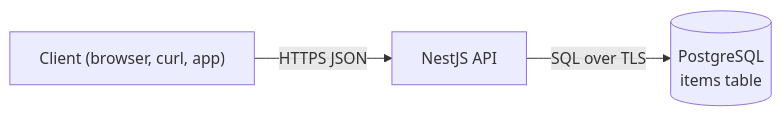
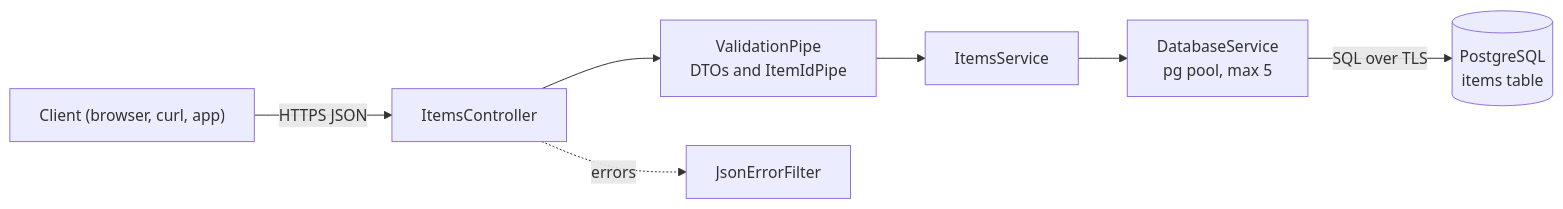
Before and after one commit to light-cloud-com/templates: the diagram in starters/crud-api-nestjs/README.md, drawn with Mermaid. The commit also changed other lines of this file and 2 other files, not shown here.

First line of the commit message:
README: NestJS PostgreSQL CRUD API starter with Swagger docs

````diff
--- a/starters/crud-api-nestjs/README.md
+++ b/starters/crud-api-nestjs/README.md
@@ -9,5 +137,9 @@
 ```mermaid
 flowchart LR
-    client["Client (browser, curl, app)"] -->|HTTPS JSON| api["NestJS API"]
-    api -->|SQL over TLS| db[("PostgreSQL<br/>items table")]
+    client["Client (browser, curl, app)"] -->|HTTPS JSON| ctrl["ItemsController"]
+    ctrl --> pipe["ValidationPipe<br/>DTOs and ItemIdPipe"]
+    pipe --> svc["ItemsService"]
+    svc --> db_svc["DatabaseService<br/>pg pool, max 5"]
+    db_svc -->|SQL over TLS| db[("PostgreSQL<br/>items table")]
+    ctrl -.->|errors| filter["JsonErrorFilter"]
 ```
````
